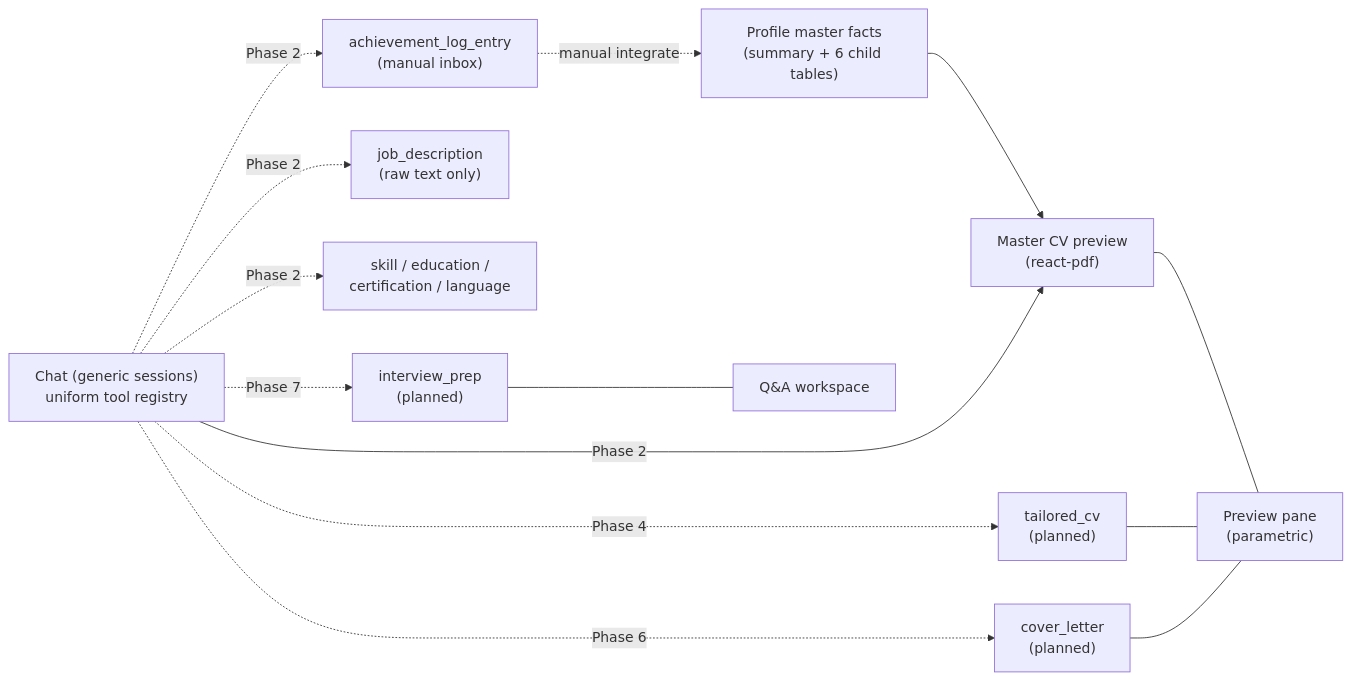
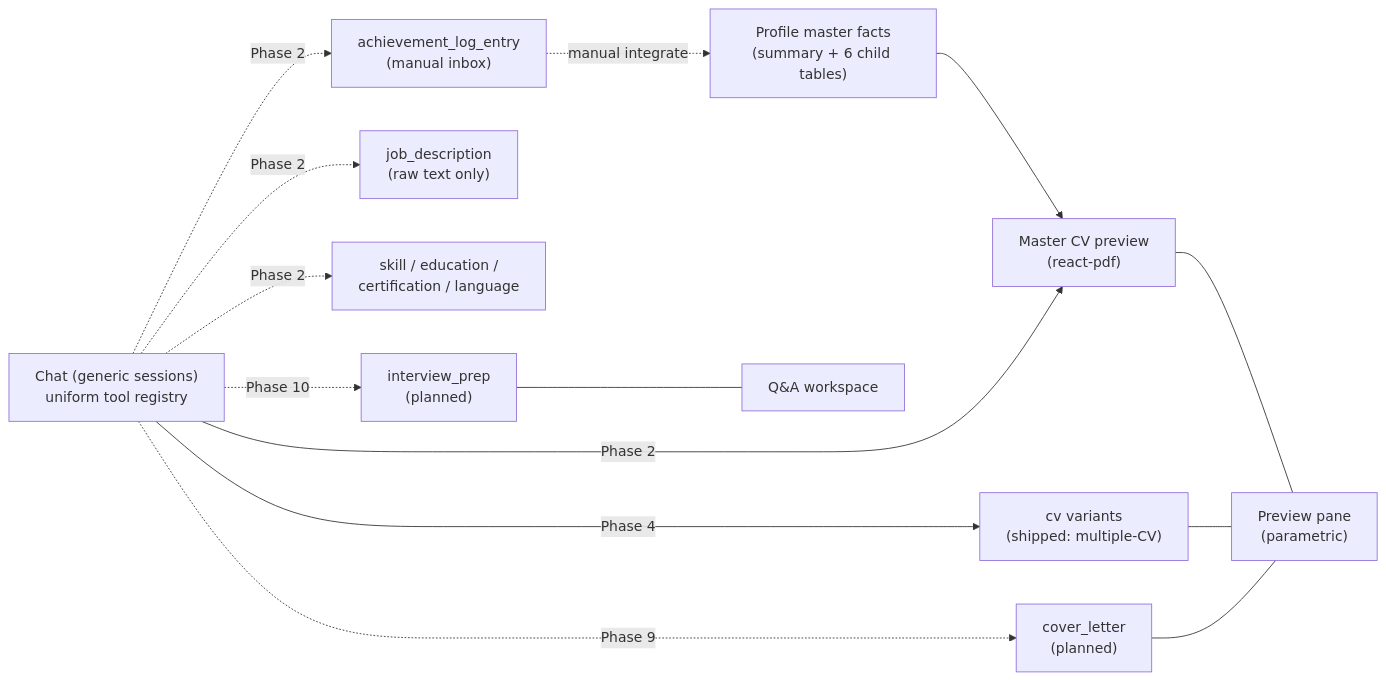
Before and after one commit to glabunskis/CVere: the diagram in .cursor/plans/cvere_roadmap_and_next_steps_2c12538b.plan.md, drawn with Mermaid. The commit also changed other lines of this file and 2 other files, not shown here.

Commit message:
Updated roadmap

````diff
--- a/.cursor/plans/cvere_roadmap_and_next_steps_2c12538b.plan.md
+++ b/.cursor/plans/cvere_roadmap_and_next_steps_2c12538b.plan.md
@@ -131,15 +156,15 @@
 ```mermaid
 flowchart LR
   Profile["Profile master facts<br/>(summary + 6 child tables)"] --> Master["Master CV preview<br/>(react-pdf)"]
   Achievements["achievement_log_entry<br/>(manual inbox)"] -. manual integrate .-> Profile
   Vacancies["job_description<br/>(raw text only)"]
   Chat["Chat (generic sessions)<br/>uniform tool registry"] -- Phase 2 --> Master
   Chat -. Phase 2 .-> Achievements
   Chat -. Phase 2 .-> Vacancies
   Chat -. Phase 2 .-> Skills["skill / education /<br/>certification / language"]
-  Chat -. Phase 4 .-> Tailored["tailored_cv<br/>(planned)"]
-  Chat -. Phase 6 .-> Letter["cover_letter<br/>(planned)"]
-  Chat -. Phase 7 .-> Interview["interview_prep<br/>(planned)"]
+  Chat -- Phase 4 --> Tailored["cv variants<br/>(shipped: multiple-CV)"]
+  Chat -. Phase 9 .-> Letter["cover_letter<br/>(planned)"]
+  Chat -. Phase 10 .-> Interview["interview_prep<br/>(planned)"]
   Master & Tailored & Letter --- Preview["Preview pane<br/>(parametric)"]
   Interview --- Workspace["Q&A workspace"]
 ```
````
